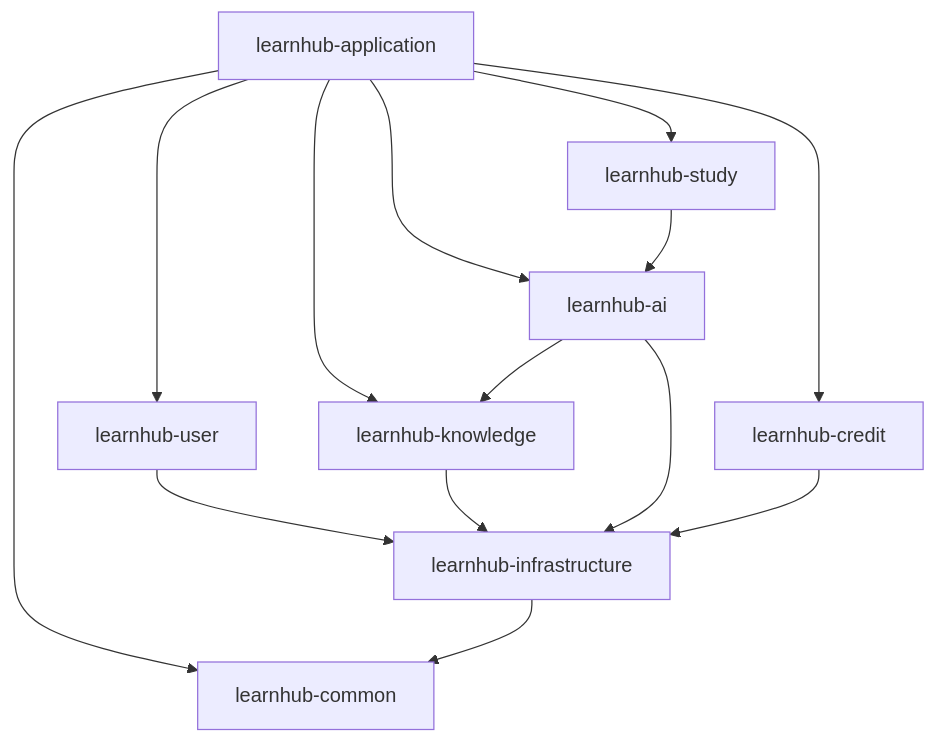
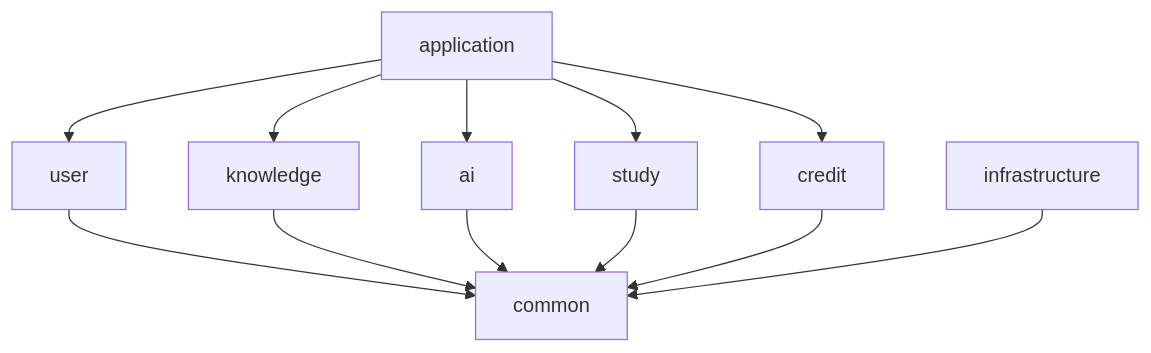
One commit to Comui520/learnhub changed the second of 2 diagrams in docs/week-01/day-07-architecture-review-and-acceptance.md. Above: the diagram before and after it, drawn with Mermaid. The commit also changed other lines of this file and 18 other files, not shown here.

````diff
--- a/docs/week-01/day-07-architecture-review-and-acceptance.md
+++ b/docs/week-01/day-07-architecture-review-and-acceptance.md
@@ -37,16 +214,14 @@
 ```mermaid
 flowchart TD
-    APP[learnhub-application] --> COMMON[learnhub-common]
-    APP --> USER[learnhub-user]
-    APP --> KNOWLEDGE[learnhub-knowledge]
-    APP --> AI[learnhub-ai]
-    APP --> STUDY[learnhub-study]
-    APP --> CREDIT[learnhub-credit]
-    USER --> INFRA[learnhub-infrastructure]
-    KNOWLEDGE --> INFRA
-    AI --> INFRA
-    CREDIT --> INFRA
-    AI --> KNOWLEDGE
-    STUDY --> AI
-    INFRA --> COMMON
+    APP[application] --> USER[user]
+    APP --> KNOW[knowledge]
+    APP --> AI[ai]
+    APP --> STUDY[study]
+    APP --> CREDIT[credit]
+    USER --> COMMON[common]
+    KNOW --> COMMON
+    AI --> COMMON
+    STUDY --> COMMON
+    CREDIT --> COMMON
+    INFRA[infrastructure] --> COMMON
 ```
````
